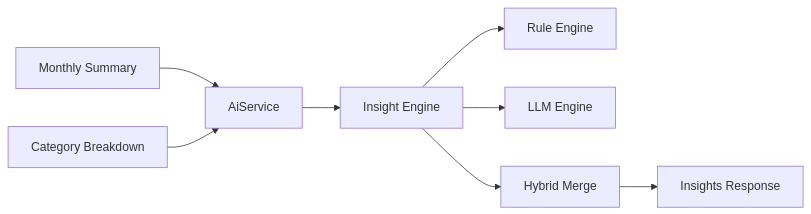
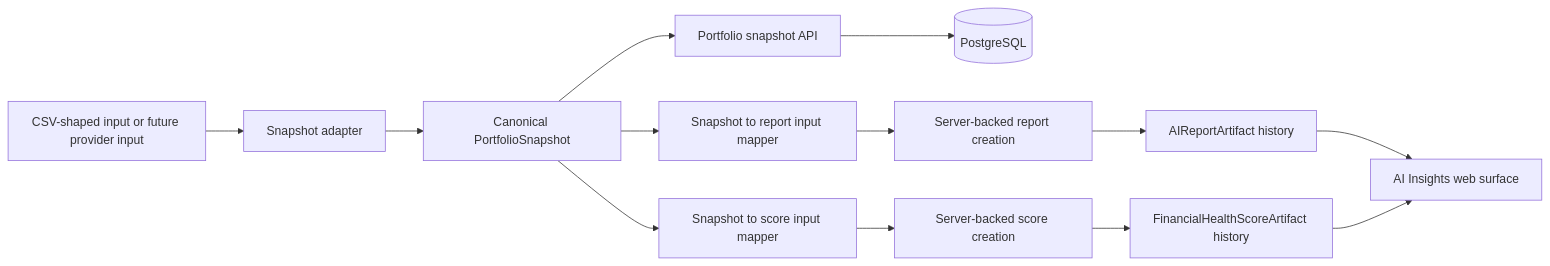
One commit to yuzequn095/Aurum changed the second of 2 diagrams in README.md. Above: the diagram before and after it, drawn with Mermaid. The commit also changed other lines of this file, not shown here.

Commit message:
docs(readme): refresh milestone status and snapshot-driven AI architecture

````diff
--- a/README.md
+++ b/README.md
@@ -236,10 +260,16 @@
 ```mermaid
 flowchart LR
-  MS[Monthly Summary] --> AIS[AiService]
-  CB[Category Breakdown] --> AIS
-  AIS --> IE[Insight Engine]
-  IE --> R[Rule Engine]
-  IE --> L[LLM Engine]
-  IE --> H[Hybrid Merge]
-  H --> OUT[Insights Response]
+  CSV[CSV-shaped input or future provider input]
+  CSV --> ADAPTER[Snapshot adapter]
+  ADAPTER --> SNAPSHOT[Canonical PortfolioSnapshot]
+  SNAPSHOT --> API[Portfolio snapshot API]
+  API --> DB[(PostgreSQL)]
+  SNAPSHOT --> REPORTMAP[Snapshot to report input mapper]
+  SNAPSHOT --> SCOREMAP[Snapshot to score input mapper]
+  REPORTMAP --> REPORTCMD[Server-backed report creation]
+  SCOREMAP --> SCORECMD[Server-backed score creation]
+  REPORTCMD --> REPORTS[AIReportArtifact history]
+  SCORECMD --> SCORES[FinancialHealthScoreArtifact history]
+  REPORTS --> INSIGHTS[AI Insights web surface]
+  SCORES --> INSIGHTS
 ```
````
